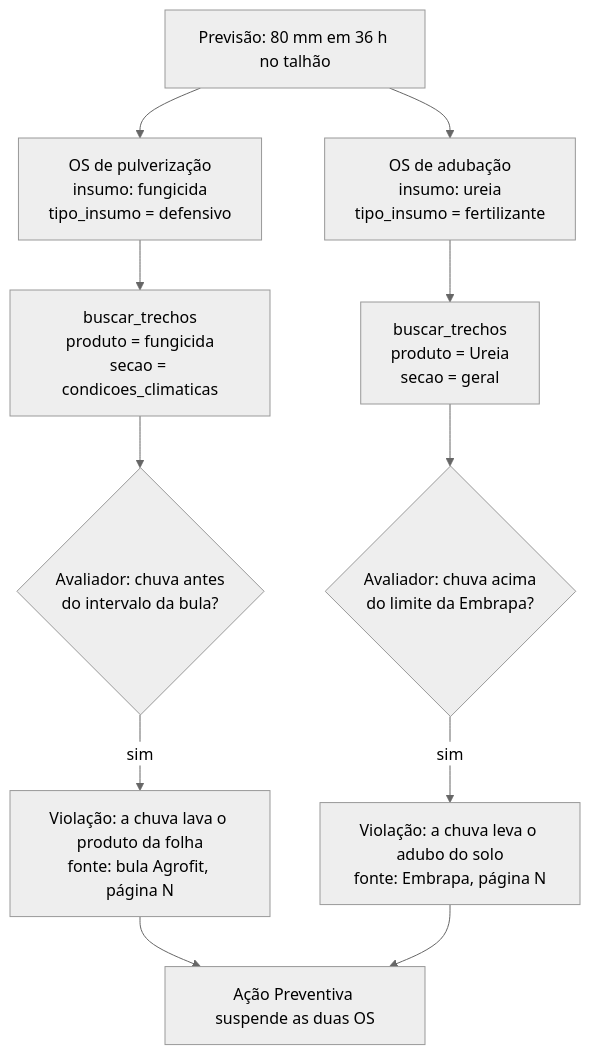
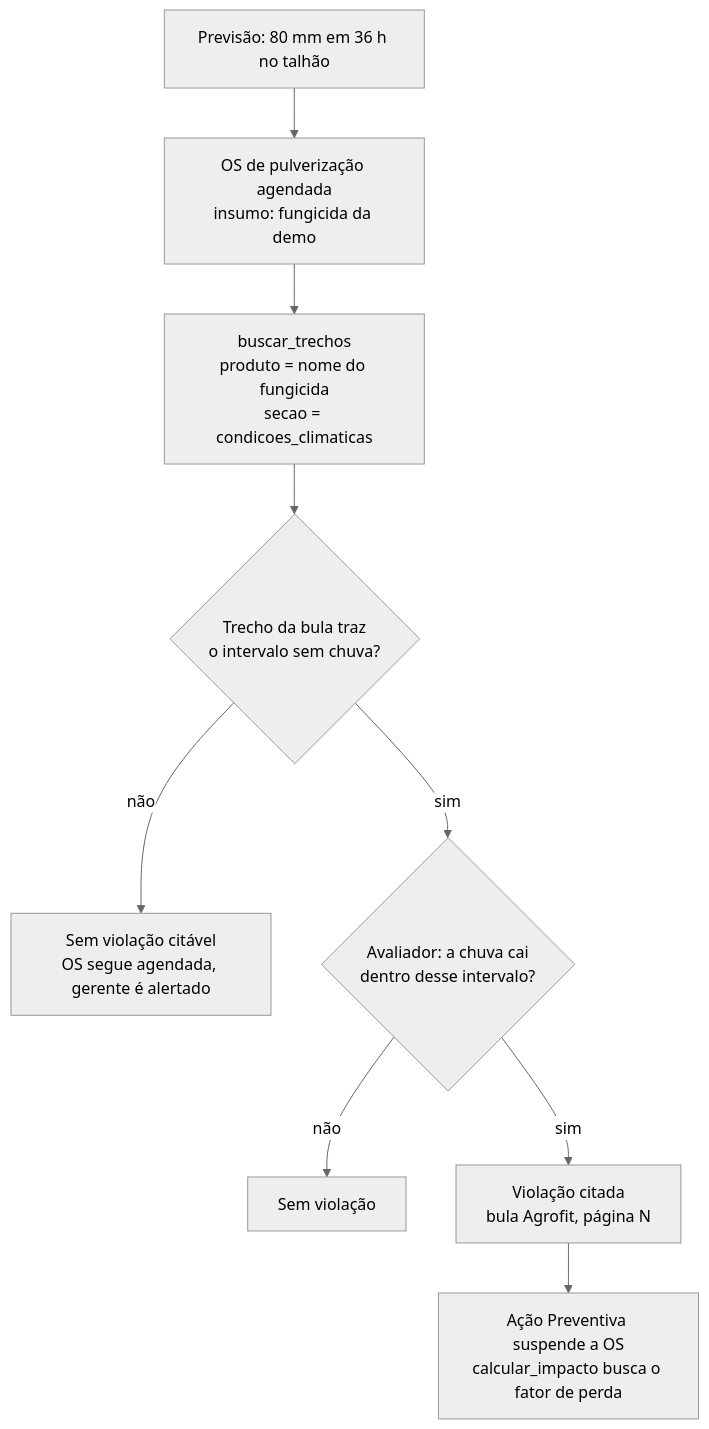
The first of 3 diagrams in docs/plans/2026-10-28-conhecimento-e-clima.md (EdisonCintra/terra-mind), drawn with Mermaid (neutral theme) before and after one commit. The commit also changed other lines of this file and 3 other files, not shown here.

````diff
--- a/docs/plans/2026-10-28-conhecimento-e-clima.md
+++ b/docs/plans/2026-10-28-conhecimento-e-clima.md
@@ -65,11 +87,11 @@
 ```mermaid
 flowchart TD
-    C[Previsão: 80 mm em 36 h no talhão] --> OS1 & OS2
-    OS1[OS de pulverização<br/>insumo: fungicida<br/>tipo_insumo = defensivo] --> B1[buscar_trechos<br/>produto = fungicida<br/>secao = condicoes_climaticas]
-    OS2[OS de adubação<br/>insumo: ureia<br/>tipo_insumo = fertilizante] --> B2[buscar_trechos<br/>produto = Ureia<br/>secao = geral]
-    B1 --> R1{Avaliador: chuva antes<br/>do intervalo da bula?}
-    B2 --> R2{Avaliador: chuva acima<br/>do limite da Embrapa?}
-    R1 -- sim --> V1[Violação: a chuva lava o produto da folha<br/>fonte: bula Agrofit, página N]
-    R2 -- sim --> V2[Violação: a chuva leva o adubo do solo<br/>fonte: Embrapa, página N]
-    V1 & V2 --> S[Ação Preventiva suspende as duas OS]
+    C[Previsão: 80 mm em 36 h no talhão] --> OS[OS de pulverização agendada<br/>insumo: fungicida da demo]
+    OS --> B[buscar_trechos<br/>produto = nome do fungicida<br/>secao = condicoes_climaticas]
+    B --> T{Trecho da bula traz<br/>o intervalo sem chuva?}
+    T -- não --> N[Sem violação citável<br/>OS segue agendada, gerente é alertado]
+    T -- sim --> R{Avaliador: a chuva cai<br/>dentro desse intervalo?}
+    R -- não --> OK[Sem violação]
+    R -- sim --> V[Violação citada<br/>bula Agrofit, página N]
+    V --> S[Ação Preventiva suspende a OS<br/>calcular_impacto busca o fator de perda]
 ```
````
